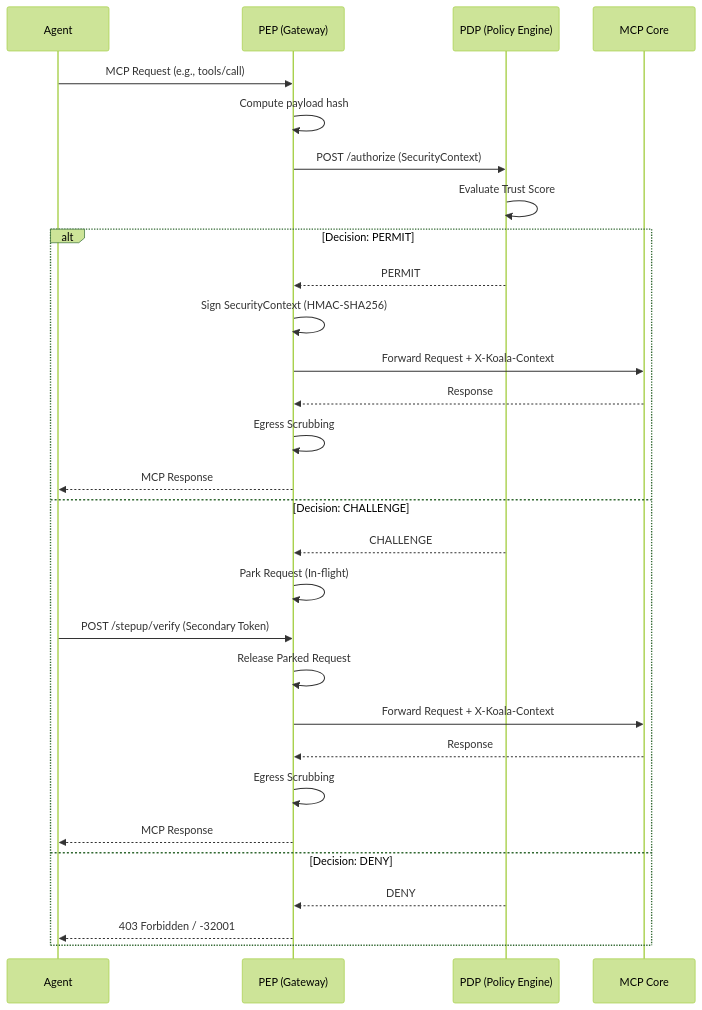
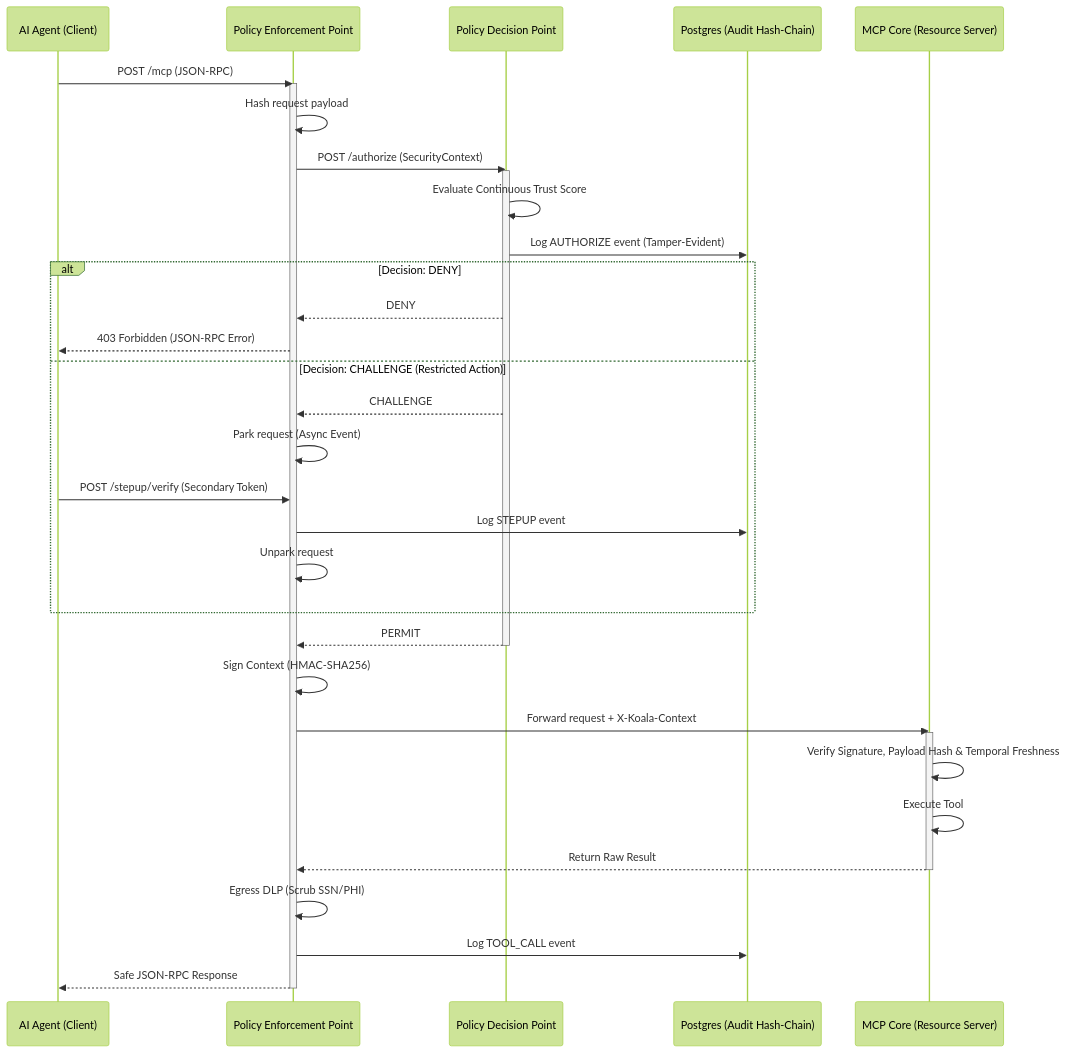
One commit to TheB4tMite/Koala changed the diagram in README.md. Above: the diagram before and after it, drawn with Mermaid (forest theme). The commit also changed other lines of this file, not shown here.

````diff
--- a/README.md
+++ b/README.md
@@ -21,33 +19,43 @@
 ```mermaid
 sequenceDiagram
-    participant A as Agent
-    participant PEP as PEP (Gateway)
-    participant PDP as PDP (Policy Engine)
-    participant MCP as MCP Core
+    participant Agent as AI Agent (Client)
+    participant PEP as Policy Enforcement Point
+    participant PDP as Policy Decision Point
+    participant DB as Postgres (Audit Hash-Chain)
+    participant Core as MCP Core (Resource Server)
+
+    Agent->>PEP: POST /mcp (JSON-RPC)
+    activate PEP
+    PEP->>PEP: Hash request payload
+    PEP->>PDP: POST /authorize (SecurityContext)
+    activate PDP
+    PDP->>PDP: Evaluate Continuous Trust Score
+    PDP->>DB: Log AUTHORIZE event (Tamper-Evident)
     
-    A->>PEP: MCP Request (e.g., tools/call)
-    PEP->>PEP: Compute payload hash
-    PEP->>PDP: POST /authorize (SecurityContext)
-    PDP->>PDP: Evaluate Trust Score
-    
-    alt Decision: PERMIT
-        PDP-->>PEP: PERMIT
-        PEP->>PEP: Sign SecurityContext (HMAC-SHA256)
-        PEP->>MCP: Forward Request + X-Koala-Context
-        MCP-->>PEP: Response
-        PEP->>PEP: Egress Scrubbing
-        PEP-->>A: MCP Response
-    else Decision: CHALLENGE
+    alt Decision: DENY
+        PDP-->>PEP: DENY
+        PEP-->>Agent: 403 Forbidden (JSON-RPC Error)
+    else Decision: CHALLENGE (Restricted Action)
         PDP-->>PEP: CHALLENGE
-        PEP->>PEP: Park Request (In-flight)
-        A->>PEP: POST /stepup/verify (Secondary Token)
-        PEP->>PEP: Release Parked Request
-        PEP->>MCP: Forward Request + X-Koala-Context
-        MCP-->>PEP: Response
-        PEP->>PEP: Egress Scrubbing
-        PEP-->>A: MCP Response
-    else Decision: DENY
-        PDP-->>PEP: DENY
-        PEP-->>A: 403 Forbidden / -32001
+        PEP->>PEP: Park request (Async Event)
+        Agent->>PEP: POST /stepup/verify (Secondary Token)
+        PEP->>DB: Log STEPUP event
+        PEP->>PEP: Unpark request
     end
+
+    PDP-->>PEP: PERMIT
+    deactivate PDP
+
+    PEP->>PEP: Sign Context (HMAC-SHA256)
+    PEP->>Core: Forward request + X-Koala-Context
+    activate Core
+    Core->>Core: Verify Signature, Payload Hash & Temporal Freshness
+    Core->>Core: Execute Tool
+    Core-->>PEP: Return Raw Result
+    deactivate Core
+
+    PEP->>PEP: Egress DLP (Scrub SSN/PHI)
+    PEP->>DB: Log TOOL_CALL event
+    PEP-->>Agent: Safe JSON-RPC Response
+    deactivate PEP
 ```
````
